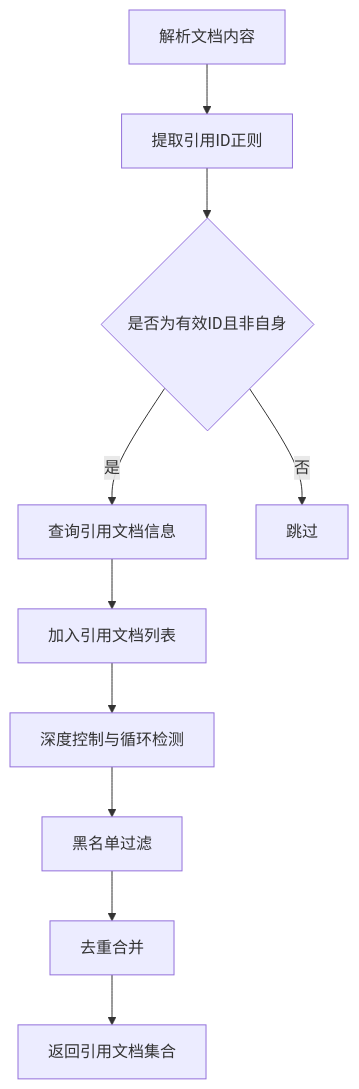
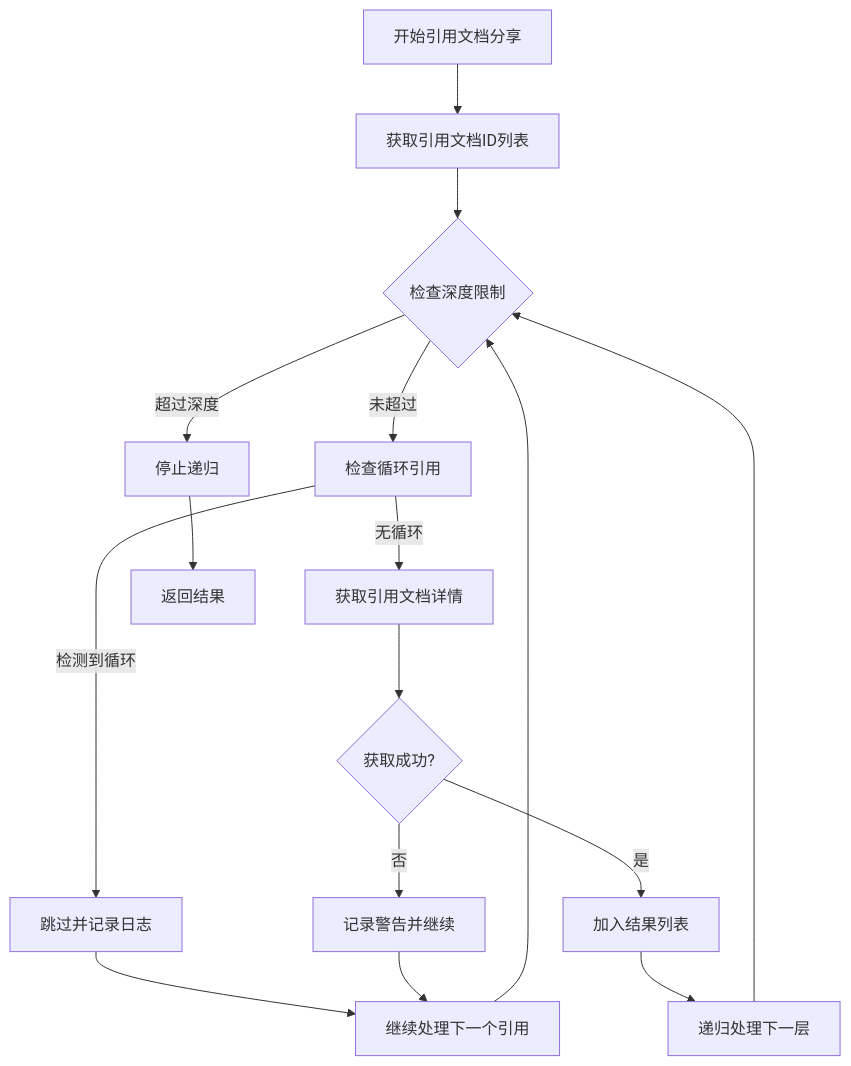
The fifth of 8 diagrams in .qoder/repowiki/zh/content/开放规范/开放规范.md (terwerinc/siyuan-plugin-share-pro), drawn with Mermaid before and after one commit. The commit also changed other lines of this file and 6 other files, not shown here.

````diff
--- a/.qoder/repowiki/zh/content/开放规范/开放规范.md
+++ b/.qoder/repowiki/zh/content/开放规范/开放规范.md
@@ -238,12 +257,18 @@
 ```mermaid
 flowchart TD
-A["解析文档内容"] --> B["提取引用ID正则"]
-B --> C{"是否为有效ID且非自身"}
-C --> |是| D["查询引用文档信息"]
-C --> |否| E["跳过"]
-D --> F["加入引用文档列表"]
-F --> G["深度控制与循环检测"]
-G --> H["黑名单过滤"]
-H --> I["去重合并"]
-I --> J["返回引用文档集合"]
+A["开始引用文档分享"] --> B["获取引用文档ID列表"]
+B --> C{"检查深度限制"}
+C --> |超过深度| D["停止递归"]
+C --> |未超过| E["检查循环引用"]
+E --> |检测到循环| F["跳过并记录日志"]
+E --> |无循环| G["获取引用文档详情"]
+G --> H{"获取成功?"}
+H --> |是| I["加入结果列表"]
+H --> |否| J["记录警告并继续"]
+I --> K["递归处理下一层"]
+F --> L["继续处理下一个引用"]
+D --> M["返回结果"]
+K --> C
+J --> L
+L --> C
 ```
````
